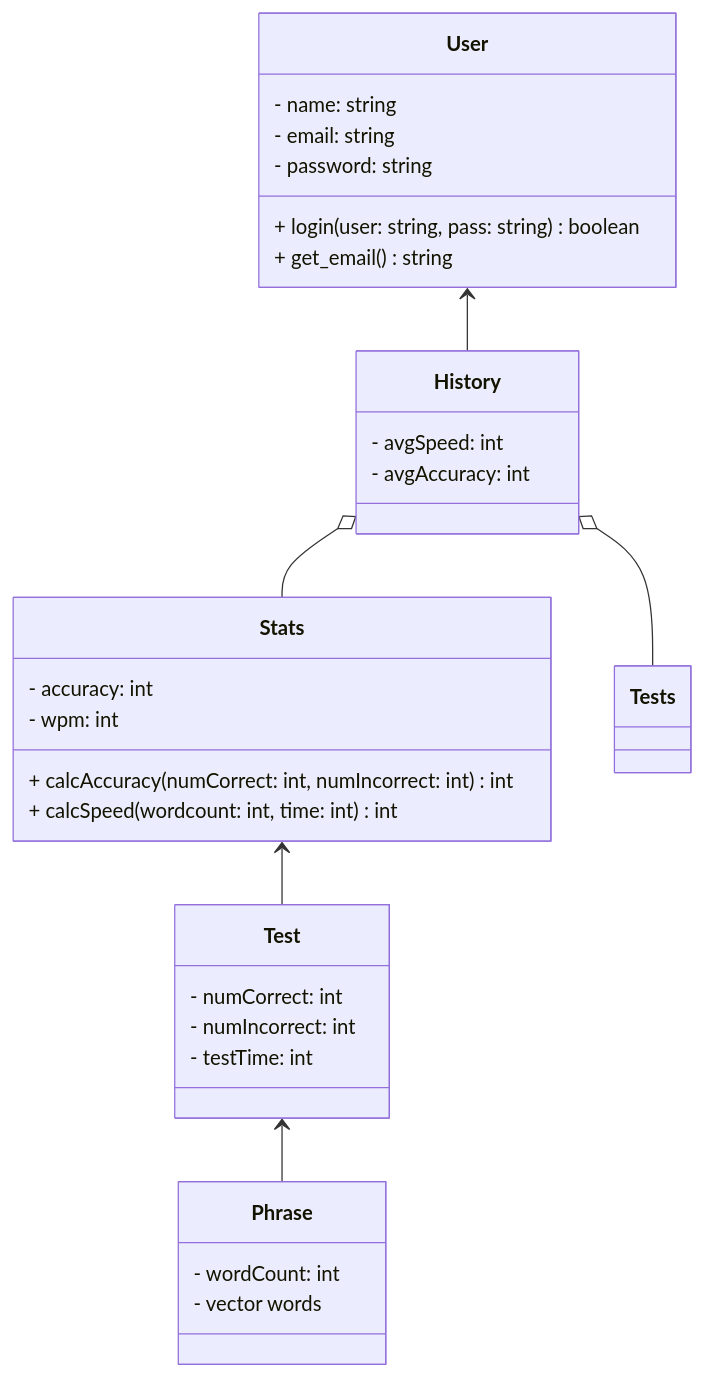
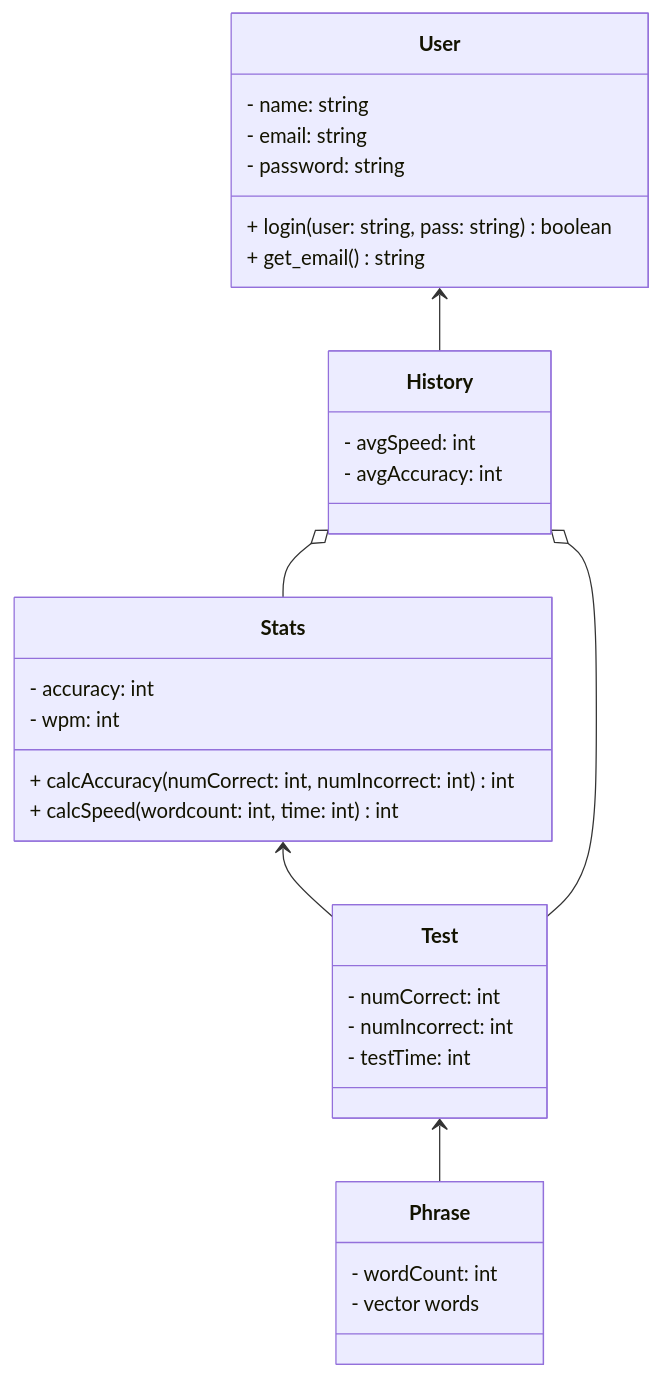
Before and after one commit to sbandaya/tippitytappity-design: the diagram in README.md, drawn with Mermaid.

Commit message:
Fix typo in README for Test relationship

````diff
--- a/README.md
+++ b/README.md
@@ -8,36 +8,36 @@
 ```mermaid
 classDiagram
   Stats <-- Test
   Test <-- Phrase
   User <-- History
   History o-- Stats
-  History o-- Tests
+  History o-- Test
 
   class User{
         - name: string
         - email: string
         - password: string
         + login(user: string, pass: string) boolean
         + get_email() string
   }
   class Stats{
         - accuracy: int
         - wpm: int
         + calcAccuracy( numCorrect: int, numIncorrect: int) int
         + calcSpeed( wordcount: int, time: int) int
   }
   class Phrase{
         - wordCount: int
         - vector<string> words
   }
   class Test{
         - numCorrect: int
         - numIncorrect: int
         - testTime: int
   }
   class History{
         - avgSpeed: int
         - avgAccuracy: int
   }
   
 ```
````
